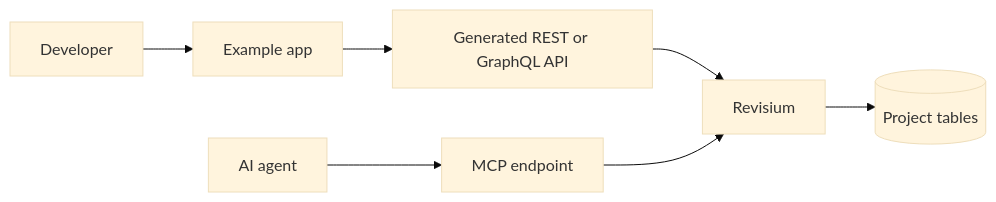
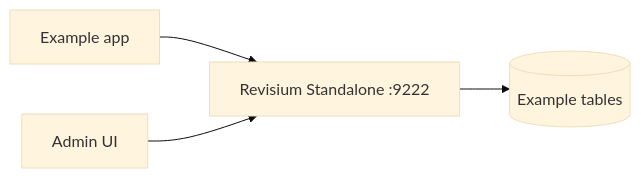
The diagram in templates/example/README.md (revisium/revisium-examples), drawn with Mermaid (base theme) before and after one commit. The commit also changed other lines of this file and 63 other files, not shown here.

````diff
--- a/templates/example/README.md
+++ b/templates/example/README.md
@@ -99,9 +39,6 @@
 ```mermaid
 flowchart LR
-  Developer[Developer] --> App[Example app]
-  App --> API[Generated REST or GraphQL API]
-  API --> Revisium[Revisium]
-  Revisium --> Tables[(Project tables)]
-  Agent[AI agent] --> MCP[MCP endpoint]
-  MCP --> Revisium
+  App[Example app] --> Revisium[Revisium Standalone :9222]
+  Browser[Admin UI] --> Revisium
+  Revisium --> Tables[(Example tables)]
 ```
````
